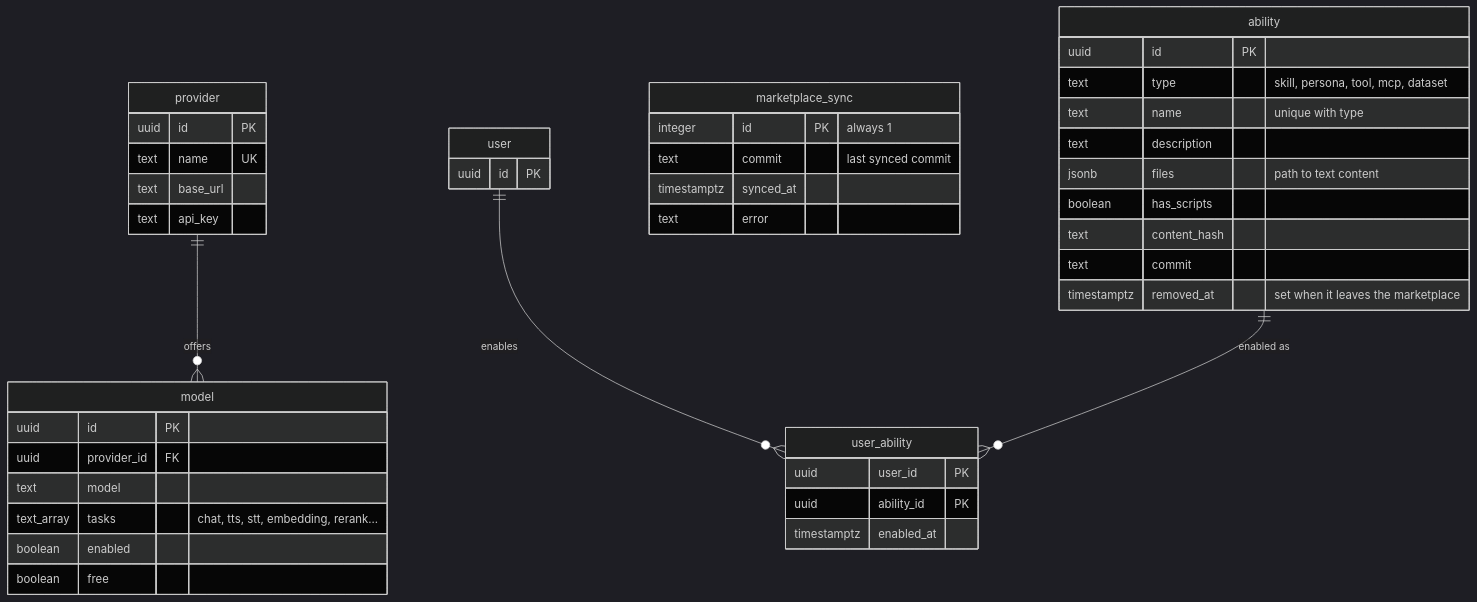
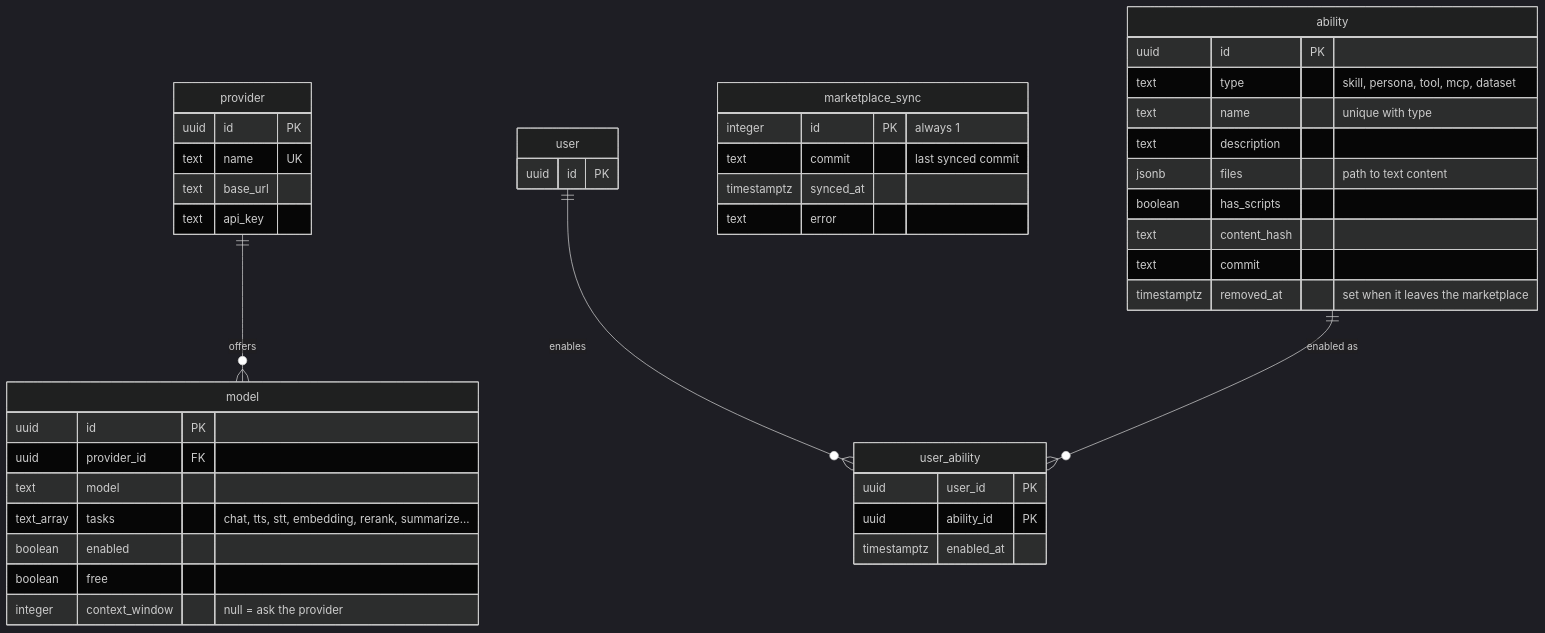
One commit to SubZtep/kaja changed the third of 4 diagrams in docs/development/database.md. Above: the diagram before and after it, drawn with Mermaid (dark theme). The commit also changed other lines of this file and 53 other files, not shown here.

````diff
--- a/docs/development/database.md
+++ b/docs/development/database.md
@@ -183,51 +183,52 @@
 ```mermaid
 erDiagram
   provider {
     uuid id PK
     text name UK
     text base_url
     text api_key
   }
 
   model {
     uuid id PK
     uuid provider_id FK
     text model
-    text_array tasks "chat, tts, stt, embedding, rerank..."
+    text_array tasks "chat, tts, stt, embedding, rerank, summarize..."
     boolean enabled
     boolean free
+    integer context_window "null = ask the provider"
   }
 
   ability {
     uuid id PK
     text type "skill, persona, tool, mcp, dataset"
     text name "unique with type"
     text description
     jsonb files "path to text content"
     boolean has_scripts
     text content_hash
     text commit
     timestamptz removed_at "set when it leaves the marketplace"
   }
 
   user_ability {
     uuid user_id PK
     uuid ability_id PK
     timestamptz enabled_at
   }
 
   marketplace_sync {
     integer id PK "always 1"
     text commit "last synced commit"
     timestamptz synced_at
     text error
   }
 
   user {
     uuid id PK
   }
 
   provider ||--o{ model : offers
   user ||--o{ user_ability : enables
   ability ||--o{ user_ability : "enabled as"
 ```
````
